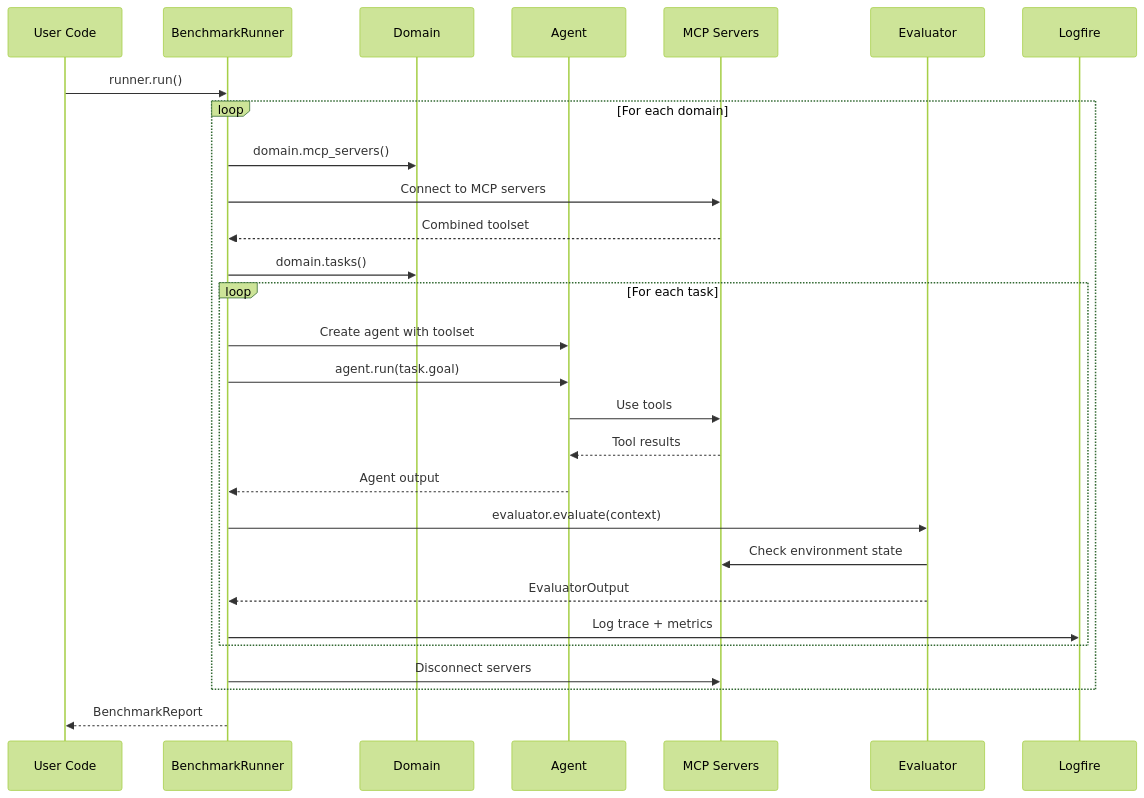
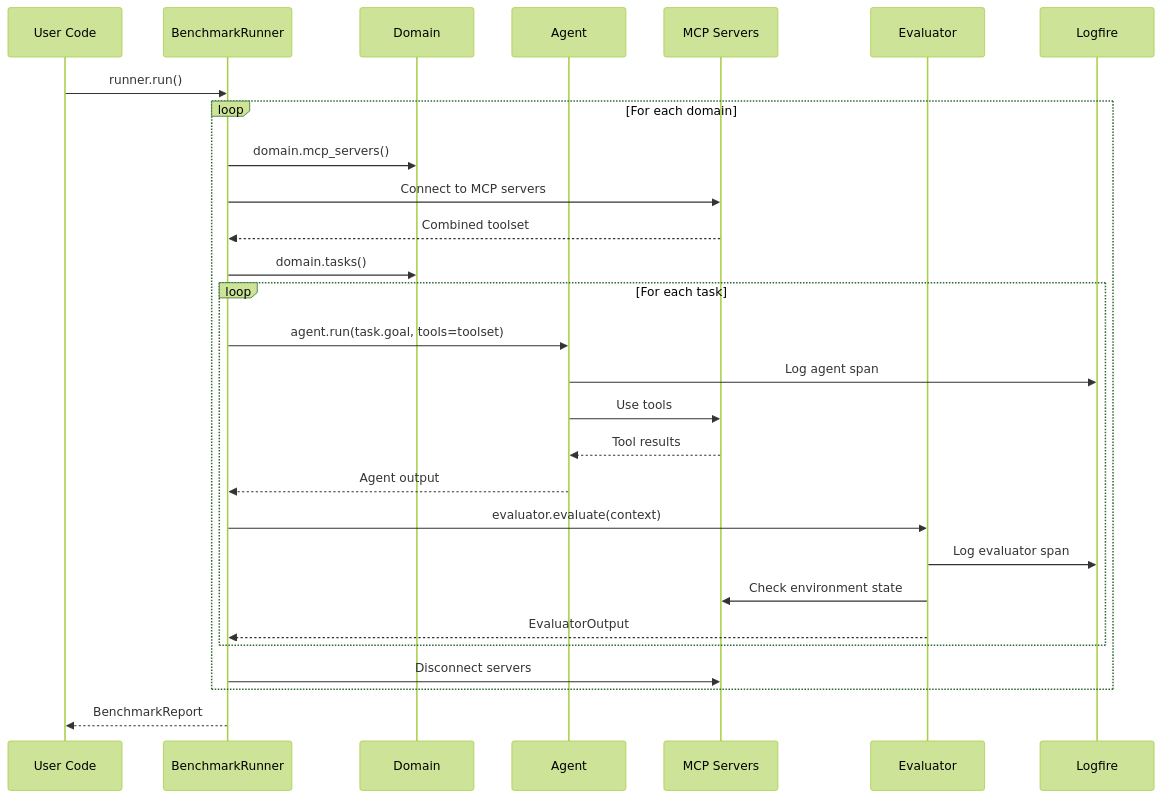
The second of 2 diagrams in README.md (deeppavlov/mcp-evals), drawn with Mermaid (forest theme) before and after one commit. The commit also changed other lines of this file, not shown here.

````diff
--- a/README.md
+++ b/README.md
@@ -237,36 +222,36 @@
 ```mermaid
 sequenceDiagram
     participant U as User Code
     participant R as BenchmarkRunner
     participant D as Domain
     participant A as Agent
     participant MCP as MCP Servers
     participant E as Evaluator
     participant LF as Logfire
 
     U->>R: runner.run()
     
     loop For each domain
         R->>D: domain.mcp_servers()
         R->>MCP: Connect to MCP servers
         MCP-->>R: Combined toolset
         R->>D: domain.tasks()
         
         loop For each task
-            R->>A: Create agent with toolset
-            R->>A: agent.run(task.goal)
+            R->>A: agent.run(task.goal, tools=toolset)
+            A->>LF: Log agent span
             A->>MCP: Use tools
             MCP-->>A: Tool results
             A-->>R: Agent output
             
             R->>E: evaluator.evaluate(context)
+            E->>LF: Log evaluator span
             E->>MCP: Check environment state
             E-->>R: EvaluatorOutput
-            R->>LF: Log trace + metrics
         end
         
         R->>MCP: Disconnect servers
     end
     
     R-->>U: BenchmarkReport
 ```
````
